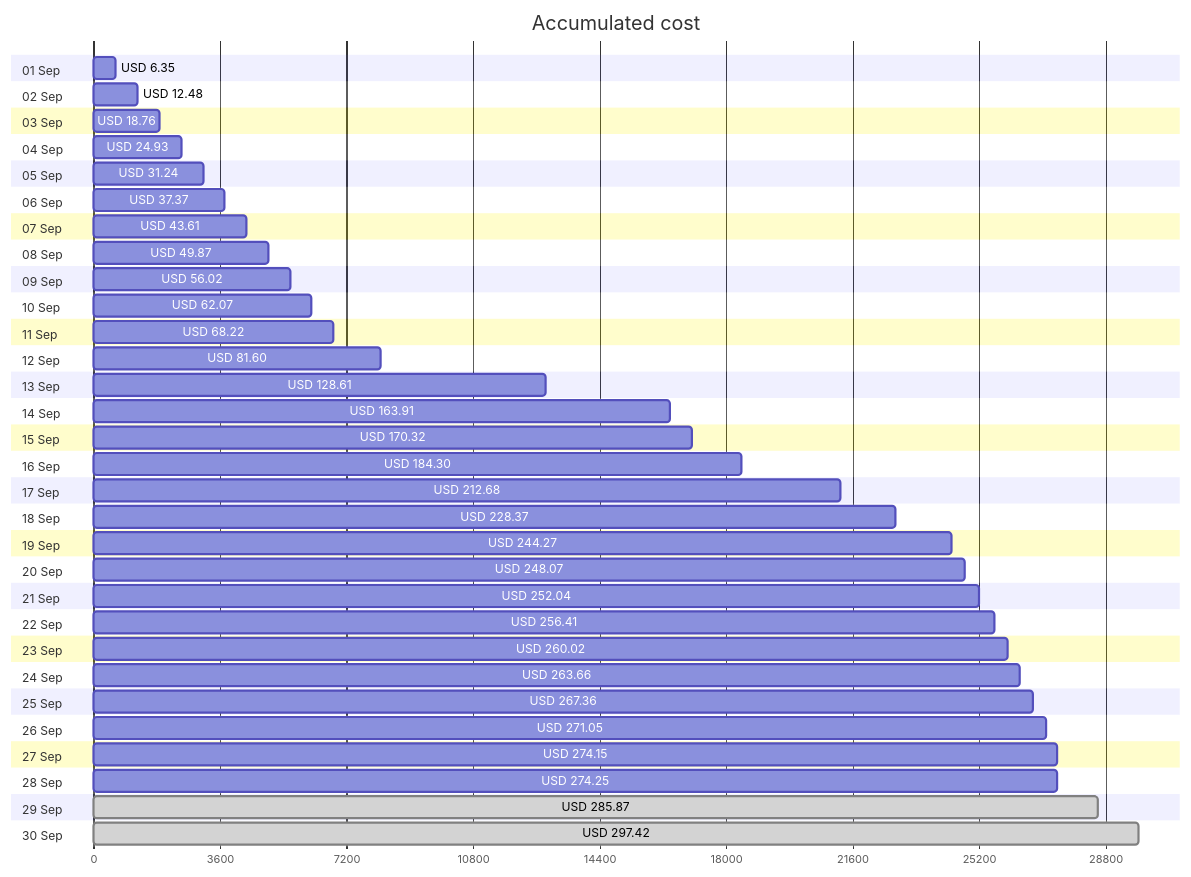
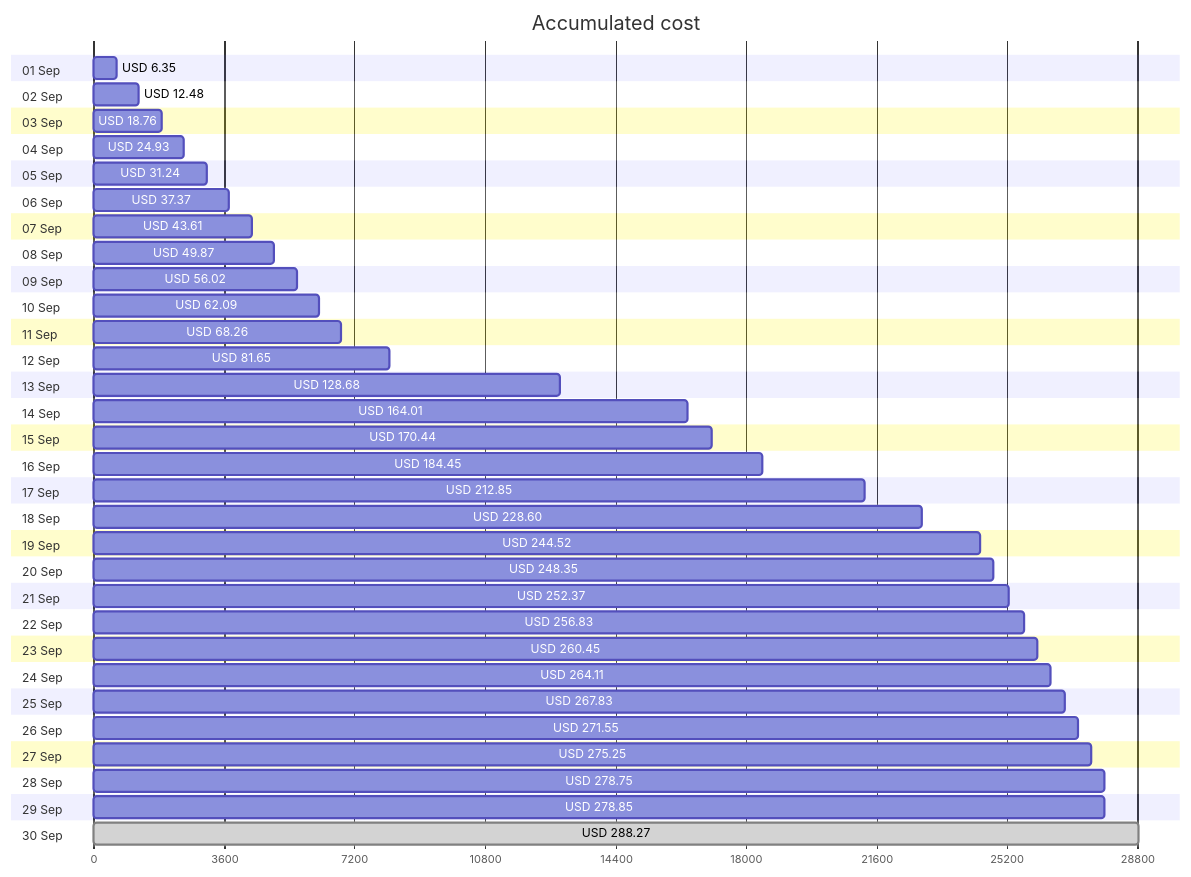
One commit to jpfulton/azure-personal-reports changed the first of 4 diagrams in cost-reports/accumulated-cost.md. Above: the diagram before and after it, drawn with Mermaid. The commit also changed other lines of this file and 4 other files, not shown here.

````diff
--- a/cost-reports/accumulated-cost.md
+++ b/cost-reports/accumulated-cost.md
@@ -20,66 +20,66 @@
 ```mermaid
 gantt
    title Accumulated cost
    dateFormat  X
    axisFormat %s
    section 01 Sep
    USD 6.35 :0, 635
    section 02 Sep
    USD 12.48 :0, 1248
    section 03 Sep
    USD 18.76 :0, 1876
    section 04 Sep
    USD 24.93 :0, 2493
    section 05 Sep
    USD 31.24 :0, 3124
    section 06 Sep
    USD 37.37 :0, 3737
    section 07 Sep
    USD 43.61 :0, 4361
    section 08 Sep
    USD 49.87 :0, 4987
    section 09 Sep
    USD 56.02 :0, 5602
    section 10 Sep
-   USD 62.07 :0, 6207
+   USD 62.09 :0, 6209
    section 11 Sep
-   USD 68.22 :0, 6822
+   USD 68.26 :0, 6826
    section 12 Sep
-   USD 81.60 :0, 8160
+   USD 81.65 :0, 8165
    section 13 Sep
-   USD 128.61 :0, 12861
+   USD 128.68 :0, 12868
    section 14 Sep
-   USD 163.91 :0, 16391
+   USD 164.01 :0, 16401
    section 15 Sep
-   USD 170.32 :0, 17032
+   USD 170.44 :0, 17044
    section 16 Sep
-   USD 184.30 :0, 18430
+   USD 184.45 :0, 18445
    section 17 Sep
-   USD 212.68 :0, 21268
+   USD 212.85 :0, 21285
    section 18 Sep
-   USD 228.37 :0, 22837
+   USD 228.60 :0, 22860
    section 19 Sep
-   USD 244.27 :0, 24427
+   USD 244.52 :0, 24452
    section 20 Sep
-   USD 248.07 :0, 24807
+   USD 248.35 :0, 24835
    section 21 Sep
-   USD 252.04 :0, 25204
+   USD 252.37 :0, 25237
    section 22 Sep
-   USD 256.41 :0, 25641
+   USD 256.83 :0, 25683
    section 23 Sep
-   USD 260.02 :0, 26002
+   USD 260.45 :0, 26045
    section 24 Sep
-   USD 263.66 :0, 26366
+   USD 264.11 :0, 26411
    section 25 Sep
-   USD 267.36 :0, 26736
+   USD 267.83 :0, 26783
    section 26 Sep
-   USD 271.05 :0, 27105
+   USD 271.55 :0, 27155
    section 27 Sep
-   USD 274.15 :0, 27415
+   USD 275.25 :0, 27525
    section 28 Sep
-   USD 274.25 :0, 27425
+   USD 278.75 :0, 27875
    section 29 Sep
-   USD 285.87 : done, 0, 28587
+   USD 278.85 :0, 27885
    section 30 Sep
-   USD 297.42 : done, 0, 29742
+   USD 288.27 : done, 0, 28827
 ```
````
